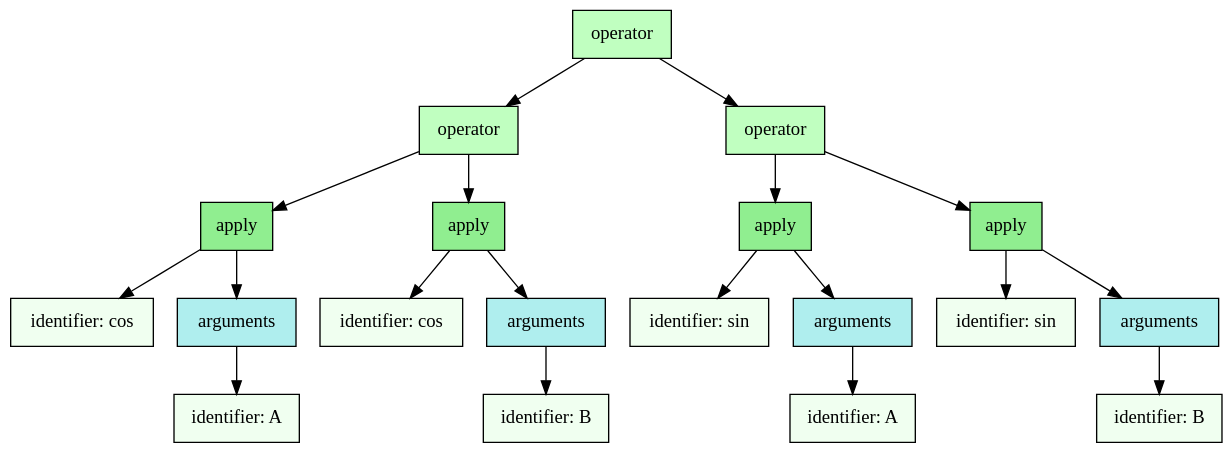
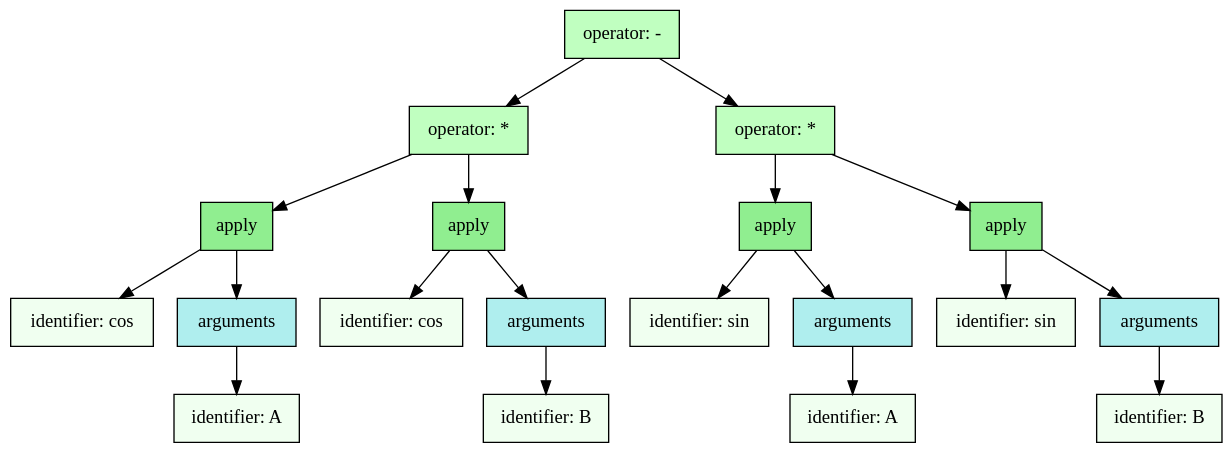
One commit to monogram-project/monogram-go changed the second of 2 diagrams in docs/cosine_addition.md. Above: the diagram before and after it, drawn with Graphviz. The commit also changed other lines of this file and 10 other files, not shown here.

````diff
--- a/docs/cosine_addition.md
+++ b/docs/cosine_addition.md
@@ -299,43 +293,43 @@
 ```dot
 digraph G {
   bgcolor="transparent";
   node [shape="box", style="filled", fontname="Ubuntu Mono"];
-  "138166528379616" [label="operator", shape="box", fillcolor="#C0FFC0"];
-  "138166528379696" [label="operator", shape="box", fillcolor="#C0FFC0"];
-  "138166528379616" -> "138166528379696";
-  "138166528379776" [label="apply", shape="box", fillcolor="lightgreen"];
-  "138166528379696" -> "138166528379776";
-  "138166528379856" [label="identifier: cos", shape="box", fillcolor="Honeydew"];
-  "138166528379776" -> "138166528379856";
-  "138166528379936" [label="arguments", shape="box", fillcolor="PaleTurquoise"];
-  "138166528379776" -> "138166528379936";
-  "138166528380016" [label="identifier: A", shape="box", fillcolor="Honeydew"];
-  "138166528379936" -> "138166528380016";
-  "138166528380096" [label="apply", shape="box", fillcolor="lightgreen"];
-  "138166528379696" -> "138166528380096";
-  "138166528380176" [label="identifier: cos", shape="box", fillcolor="Honeydew"];
-  "138166528380096" -> "138166528380176";
-  "138166528380256" [label="arguments", shape="box", fillcolor="PaleTurquoise"];
-  "138166528380096" -> "138166528380256";
-  "138166528380336" [label="identifier: B", shape="box", fillcolor="Honeydew"];
-  "138166528380256" -> "138166528380336";
-  "138166528380416" [label="operator", shape="box", fillcolor="#C0FFC0"];
-  "138166528379616" -> "138166528380416";
-  "138166528380496" [label="apply", shape="box", fillcolor="lightgreen"];
-  "138166528380416" -> "138166528380496";
-  "138166528380576" [label="identifier: sin", shape="box", fillcolor="Honeydew"];
-  "138166528380496" -> "138166528380576";
-  "138166528380656" [label="arguments", shape="box", fillcolor="PaleTurquoise"];
-  "138166528380496" -> "138166528380656";
-  "138166528380736" [label="identifier: A", shape="box", fillcolor="Honeydew"];
-  "138166528380656" -> "138166528380736";
-  "138166528380816" [label="apply", shape="box", fillcolor="lightgreen"];
-  "138166528380416" -> "138166528380816";
-  "138166528380896" [label="identifier: sin", shape="box", fillcolor="Honeydew"];
-  "138166528380816" -> "138166528380896";
-  "138166528380976" [label="arguments", shape="box", fillcolor="PaleTurquoise"];
-  "138166528380816" -> "138166528380976";
-  "138166528381056" [label="identifier: B", shape="box", fillcolor="Honeydew"];
-  "138166528380976" -> "138166528381056";
+  "137852306425392" [label="operator: -", shape="box", fillcolor="#C0FFC0"];
+  "137852306425472" [label="operator: *", shape="box", fillcolor="#C0FFC0"];
+  "137852306425392" -> "137852306425472";
+  "137852306425552" [label="apply", shape="box", fillcolor="lightgreen"];
+  "137852306425472" -> "137852306425552";
+  "137852306425632" [label="identifier: cos", shape="box", fillcolor="Honeydew"];
+  "137852306425552" -> "137852306425632";
+  "137852306425712" [label="arguments", shape="box", fillcolor="PaleTurquoise"];
+  "137852306425552" -> "137852306425712";
+  "137852306425792" [label="identifier: A", shape="box", fillcolor="Honeydew"];
+  "137852306425712" -> "137852306425792";
+  "137852306425872" [label="apply", shape="box", fillcolor="lightgreen"];
+  "137852306425472" -> "137852306425872";
+  "137852306425952" [label="identifier: cos", shape="box", fillcolor="Honeydew"];
+  "137852306425872" -> "137852306425952";
+  "137852306426032" [label="arguments", shape="box", fillcolor="PaleTurquoise"];
+  "137852306425872" -> "137852306426032";
+  "137852306426112" [label="identifier: B", shape="box", fillcolor="Honeydew"];
+  "137852306426032" -> "137852306426112";
+  "137852306426192" [label="operator: *", shape="box", fillcolor="#C0FFC0"];
+  "137852306425392" -> "137852306426192";
+  "137852306426272" [label="apply", shape="box", fillcolor="lightgreen"];
+  "137852306426192" -> "137852306426272";
+  "137852306426352" [label="identifier: sin", shape="box", fillcolor="Honeydew"];
+  "137852306426272" -> "137852306426352";
+  "137852306426432" [label="arguments", shape="box", fillcolor="PaleTurquoise"];
+  "137852306426272" -> "137852306426432";
+  "137852306426512" [label="identifier: A", shape="box", fillcolor="Honeydew"];
+  "137852306426432" -> "137852306426512";
+  "137852306426592" [label="apply", shape="box", fillcolor="lightgreen"];
+  "137852306426192" -> "137852306426592";
+  "137852306426672" [label="identifier: sin", shape="box", fillcolor="Honeydew"];
+  "137852306426592" -> "137852306426672";
+  "137852306426752" [label="arguments", shape="box", fillcolor="PaleTurquoise"];
+  "137852306426592" -> "137852306426752";
+  "137852306426832" [label="identifier: B", shape="box", fillcolor="Honeydew"];
+  "137852306426752" -> "137852306426832";
 }
 ```
````
